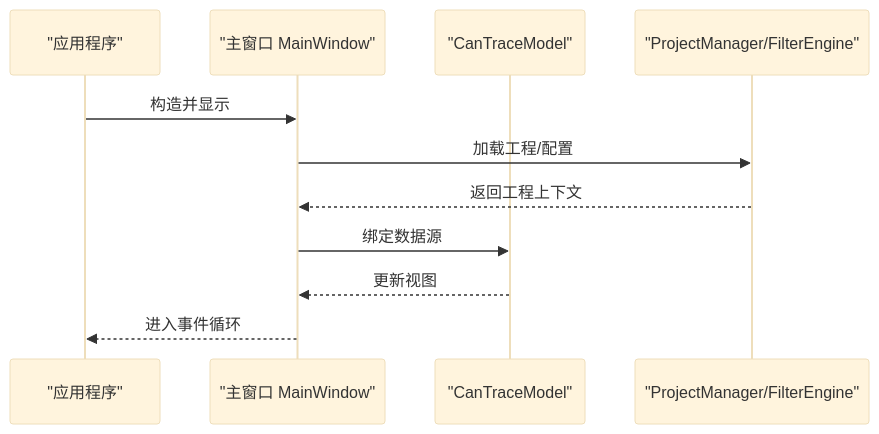
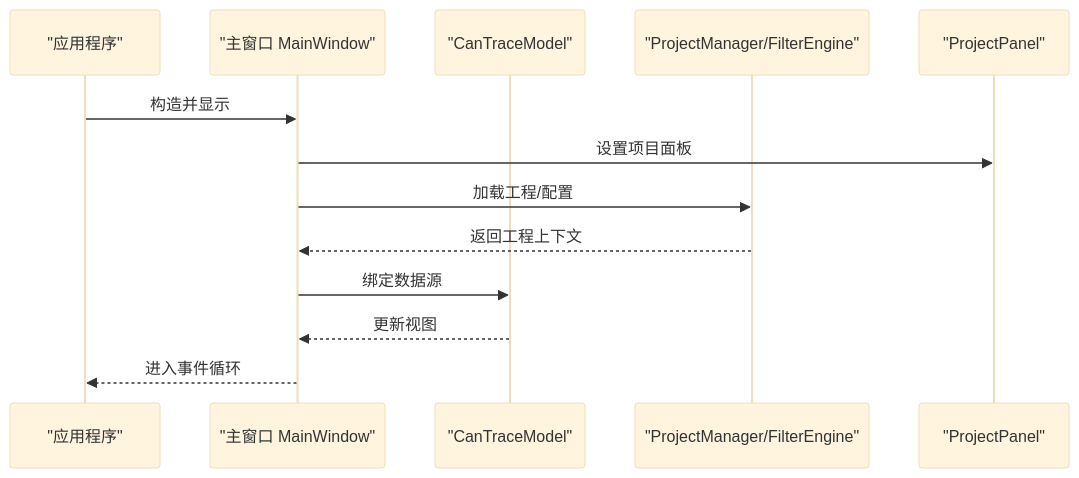
Before and after one commit to jakecai1225-design/OpenBus: diagram 13 of 15 in .qoder/repowiki/zh/content/核心模块详解/项目管理系统.md, drawn with Mermaid (base theme). The commit also changed other lines of this file and 9 other files, not shown here.

````diff
--- a/.qoder/repowiki/zh/content/核心模块详解/项目管理系统.md
+++ b/.qoder/repowiki/zh/content/核心模块详解/项目管理系统.md
@@ -424,13 +552,15 @@
 ```mermaid
 sequenceDiagram
 participant App as "应用程序"
 participant MainWin as "主窗口 MainWindow"
 participant Model as "CanTraceModel"
 participant Core as "ProjectManager/FilterEngine"
+participant Panel as "ProjectPanel"
 App->>MainWin : 构造并显示
+MainWin->>Panel : 设置项目面板
 MainWin->>Core : 加载工程/配置
 Core-->>MainWin : 返回工程上下文
 MainWin->>Model : 绑定数据源
 Model-->>MainWin : 更新视图
 MainWin-->>App : 进入事件循环
 ```
````
